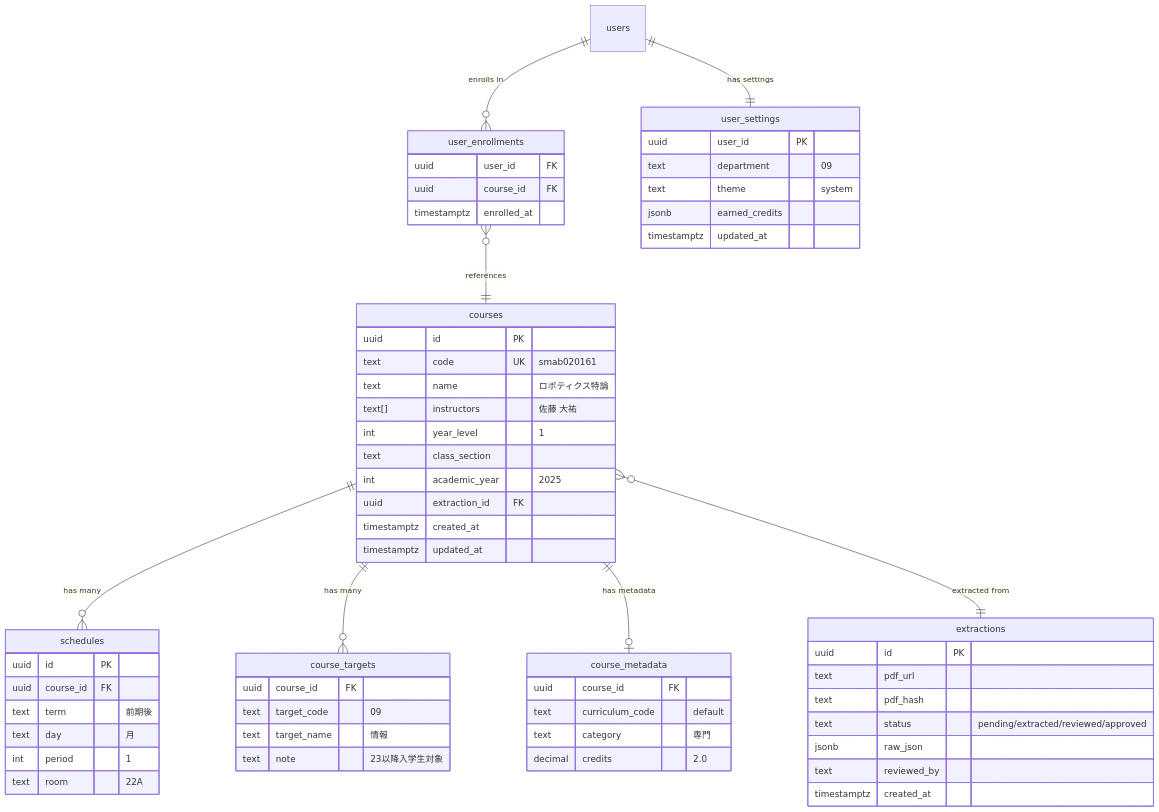
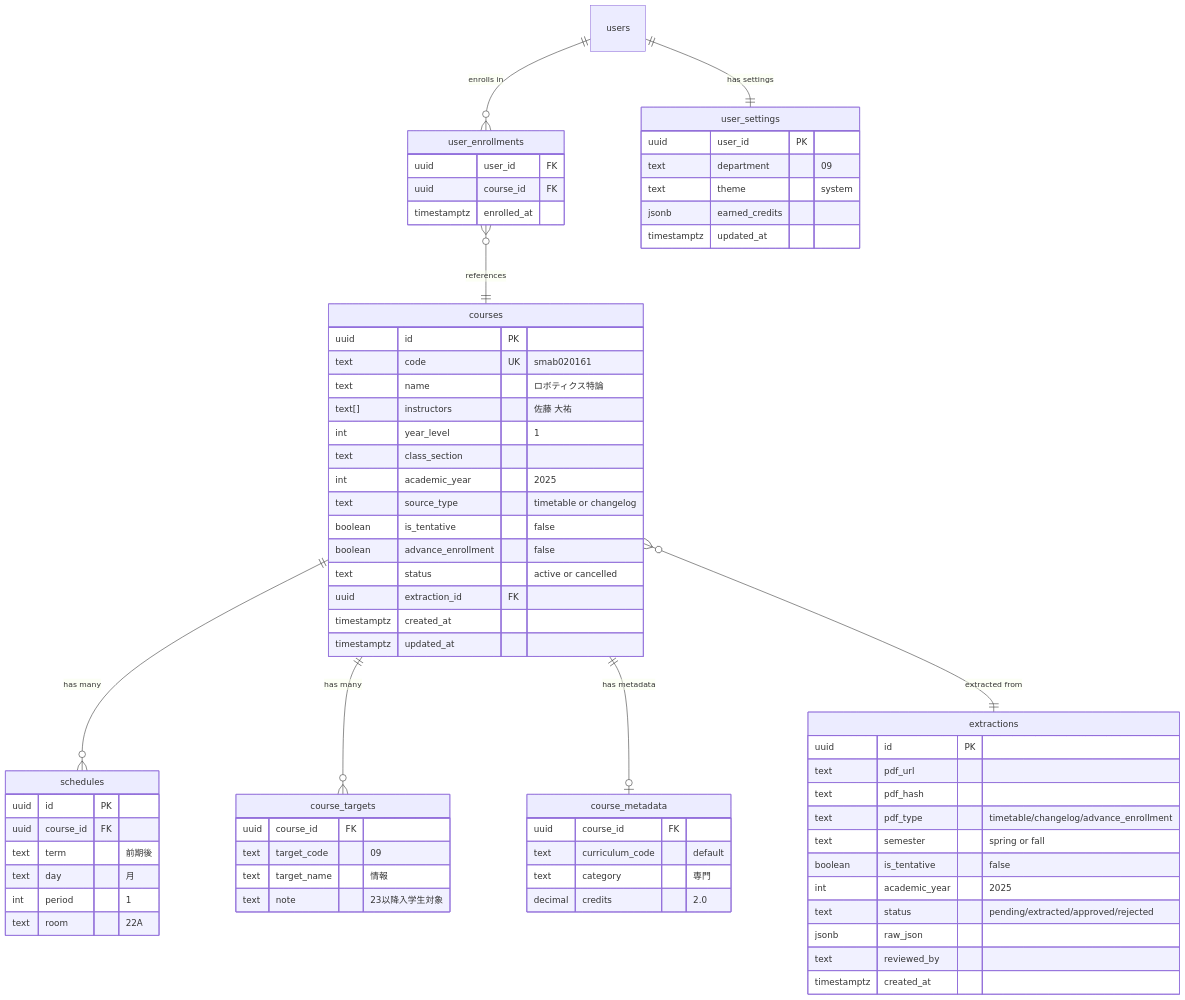
The diagram in Docs/02_data_model.md (nahcaru/tcu-time), drawn with Mermaid before and after one commit. The commit also changed other lines of this file and 55 other files, not shown here.

````diff
--- a/Docs/02_data_model.md
+++ b/Docs/02_data_model.md
@@ -9,70 +9,78 @@
 ```mermaid
 erDiagram
     courses ||--o{ schedules : "has many"
     courses ||--o{ course_targets : "has many"
     courses ||--o| course_metadata : "has metadata"
     courses }o--|| extractions : "extracted from"
     users ||--o{ user_enrollments : "enrolls in"
     users ||--|| user_settings : "has settings"
     user_enrollments }o--|| courses : "references"
 
     courses {
         uuid id PK
         text code UK "smab020161"
         text name "ロボティクス特論"
         text[] instructors "佐藤 大祐"
         int year_level "1"
         text class_section ""
         int academic_year "2025"
+        text source_type "timetable or changelog"
+        boolean is_tentative "false"
+        boolean advance_enrollment "false"
+        text status "active or cancelled"
         uuid extraction_id FK
         timestamptz created_at
         timestamptz updated_at
     }
 
     schedules {
         uuid id PK
         uuid course_id FK
         text term "前期後"
         text day "月"
         int period "1"
         text room "22A"
     }
 
     course_targets {
         uuid course_id FK
         text target_code "09"
         text target_name "情報"
         text note "23以降入学生対象"
     }
 
     course_metadata {
         uuid course_id FK
         text curriculum_code "default"
         text category "専門"
         decimal credits "2.0"
     }
 
     extractions {
         uuid id PK
         text pdf_url
         text pdf_hash
-        text status "pending/extracted/reviewed/approved"
+        text pdf_type "timetable/changelog/advance_enrollment"
+        text semester "spring or fall"
+        boolean is_tentative "false"
+        int academic_year "2025"
+        text status "pending/extracted/approved/rejected"
         jsonb raw_json
         text reviewed_by
         timestamptz created_at
     }
 
     user_enrollments {
         uuid user_id FK
         uuid course_id FK
         timestamptz enrolled_at
     }
 
     user_settings {
         uuid user_id PK
         text department "09"
         text theme "system"
         jsonb earned_credits
         timestamptz updated_at
     }
 ```
````
